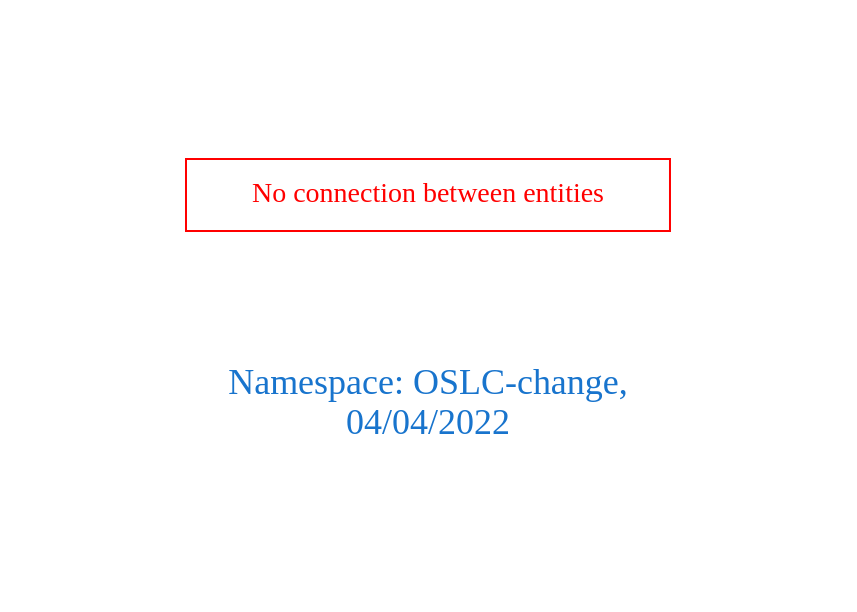
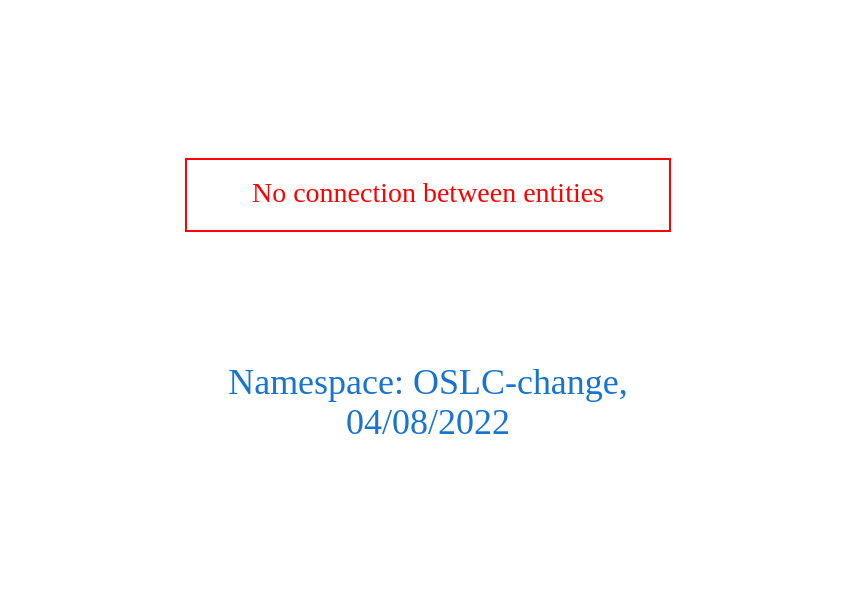
One commit to arago/OGIT changed the diagram in downloads/OSLC-change.dot. Above: the diagram before and after it, drawn with Graphviz. The commit also changed 1937 other files, not shown here.

```diff
--- a/downloads/OSLC-change.dot
+++ b/downloads/OSLC-change.dot
@@ -1,9 +1,9 @@
 digraph OGIT_ontology {
  graph [ rankdir= LR,pad=1 
 fontsize = 18,
-fontcolor= dodgerblue3,label = "\n\n\nNamespace: OSLC-change, \n 04/04/2022"];
+fontcolor= dodgerblue3,label = "\n\n\nNamespace: OSLC-change, \n 04/08/2022"];
 node[shape=polygon];
 edge [  color="gray81"];
 
 "No connection between entities" [fontcolor = "red",color="red", shape="polygon"]
 }
```
